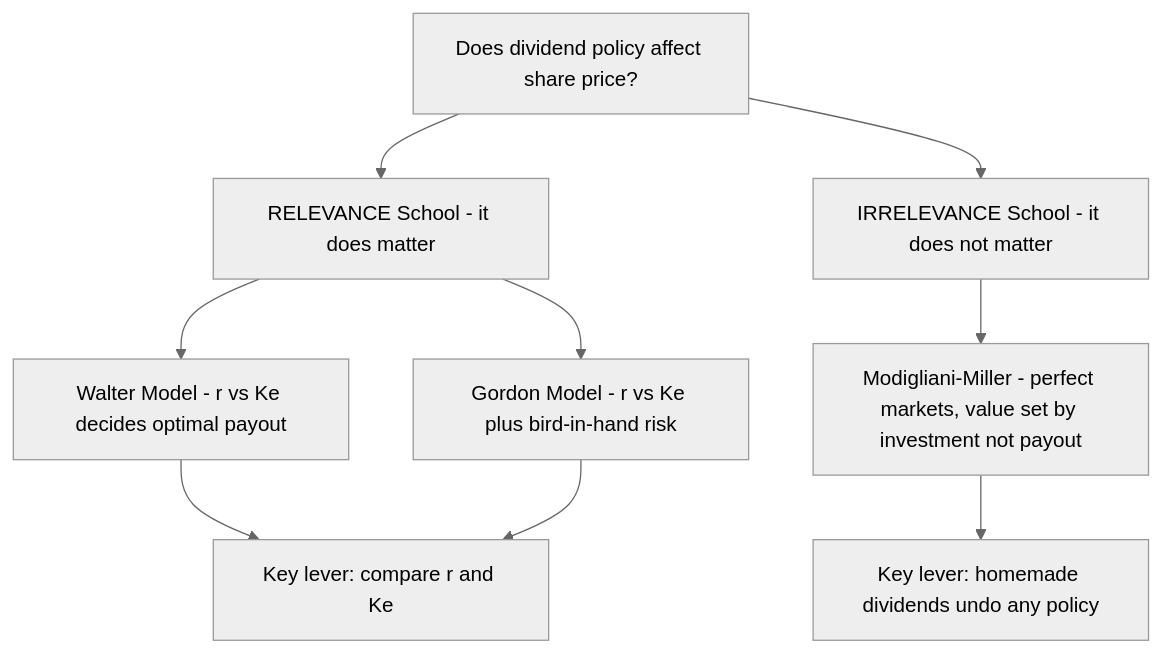
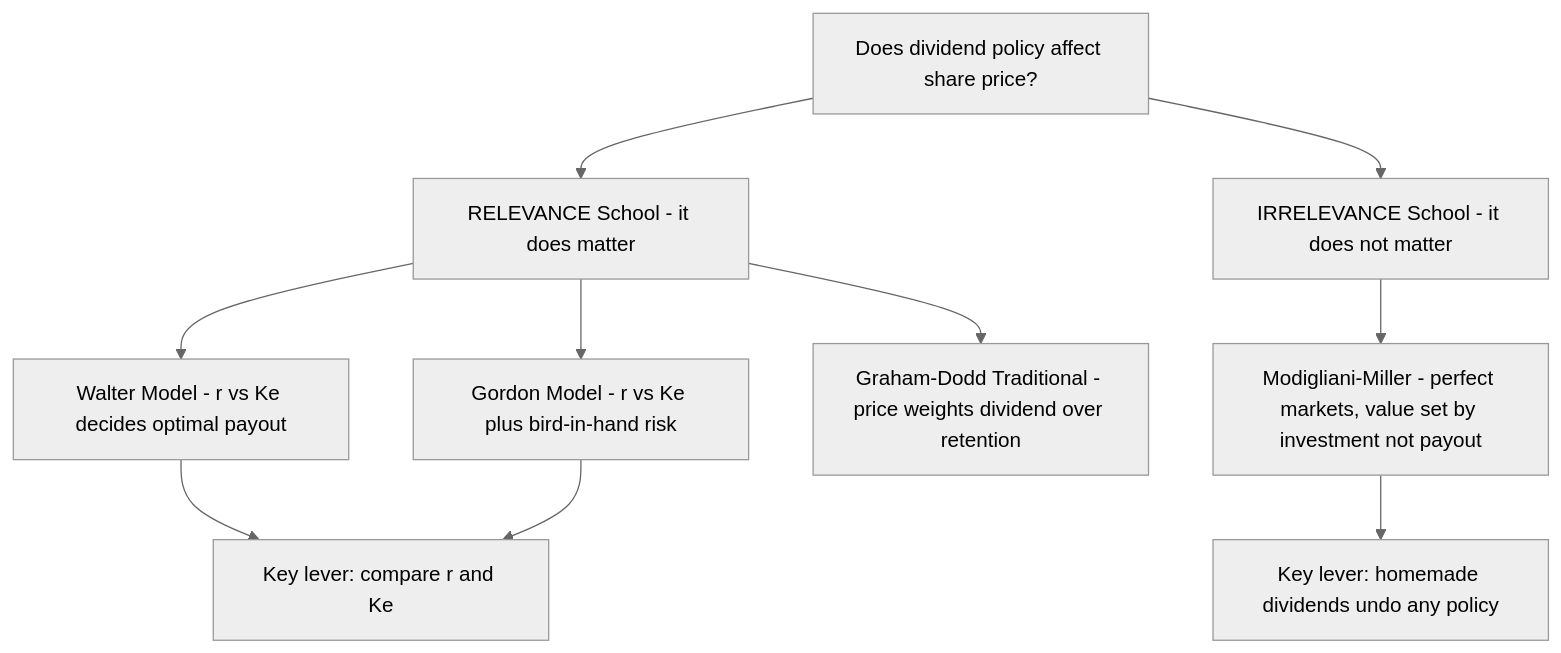
Before and after one commit to saikumarkaleru/certifications: the first of 4 diagrams in CA/concept-notes/FM-SM/md/08_dividend-decisions.md, drawn with Mermaid (neutral theme). The commit also changed other lines of this file and 87 other files, not shown here.

````diff
--- a/CA/concept-notes/FM-SM/md/08_dividend-decisions.md
+++ b/CA/concept-notes/FM-SM/md/08_dividend-decisions.md
@@ -69,11 +75,12 @@
 ```mermaid
 flowchart TD
     A["Does dividend policy affect share price?"] --> B["RELEVANCE School - it does matter"]
     A --> C["IRRELEVANCE School - it does not matter"]
     B --> D["Walter Model - r vs Ke decides optimal payout"]
     B --> E["Gordon Model - r vs Ke plus bird-in-hand risk"]
+    B --> I["Graham-Dodd Traditional - price weights dividend over retention"]
     C --> F["Modigliani-Miller - perfect markets, value set by investment not payout"]
     D --> G["Key lever: compare r and Ke"]
     E --> G
     F --> H["Key lever: homemade dividends undo any policy"]
 ```
````
